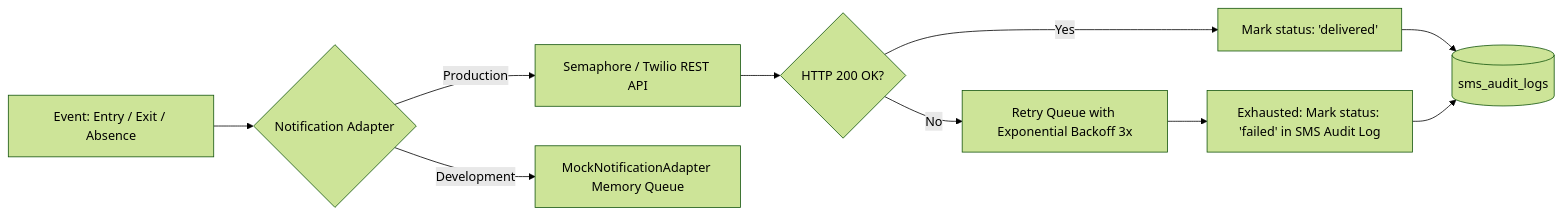
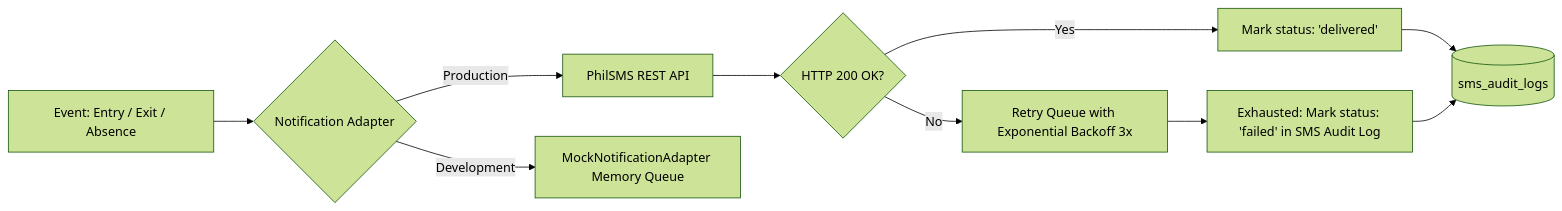
The seventh of 11 diagrams in SYSTEM_DESIGN.md (ddebi18/SRNHS-WEBAPP), drawn with Mermaid (forest theme) before and after one commit. The commit also changed other lines of this file, not shown here.

````diff
--- a/SYSTEM_DESIGN.md
+++ b/SYSTEM_DESIGN.md
@@ -406,12 +431,12 @@
 ```mermaid
 flowchart LR
     Event[Event: Entry / Exit / Absence] --> Adapter{Notification Adapter}
-    Adapter -->|Production| Gateway[Semaphore / Twilio REST API]
+    Adapter -->|Production| Gateway[PhilSMS REST API]
     Adapter -->|Development| Mock[MockNotificationAdapter Memory Queue]
     Gateway --> Status{HTTP 200 OK?}
     Status -->|Yes| Delivered[Mark status: 'delivered']
     Status -->|No| Retry[Retry Queue with Exponential Backoff 3x]
     Retry --> Failed[Exhausted: Mark status: 'failed' in SMS Audit Log]
     Delivered --> AuditTable[(sms_audit_logs)]
     Failed --> AuditTable
 ```
````
